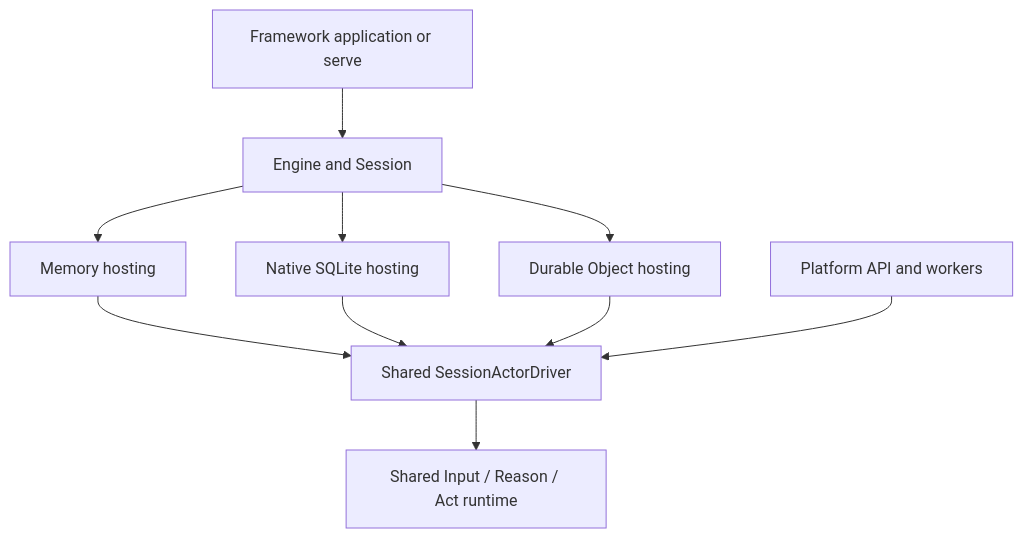
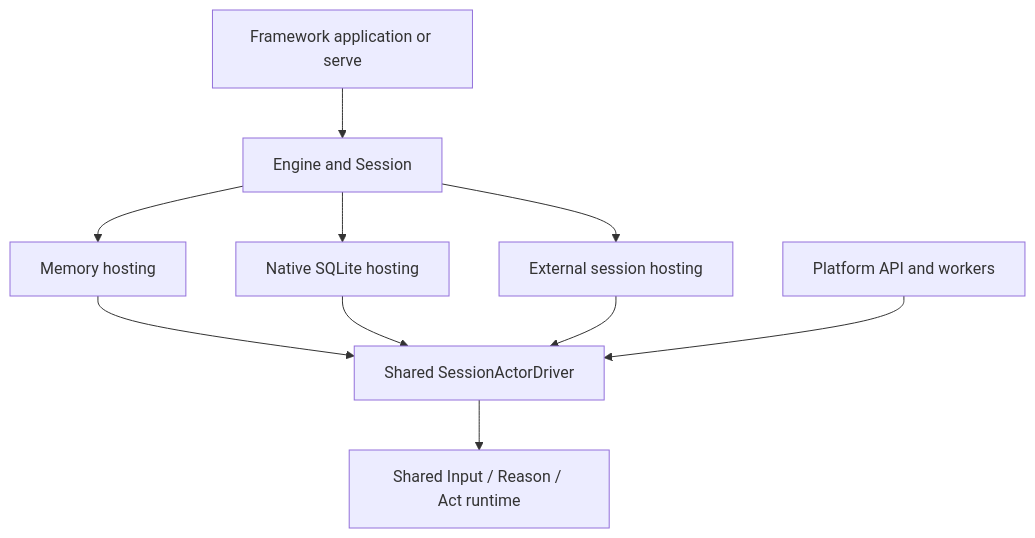
Before and after one commit to everruns/everruns: the diagram in docs/framework/architecture.md, drawn with Mermaid. The commit also changed other lines of this file and 45 other files, not shown here.

Commit message:
feat(framework): expose vendor-neutral session hosting SPI

````diff
--- a/docs/framework/architecture.md
+++ b/docs/framework/architecture.md
@@ -12,12 +12,12 @@
 ```mermaid
 flowchart TD
   App[Framework application or serve] --> Engine[Engine and Session]
   Engine --> Memory[Memory hosting]
   Engine --> SQLite[Native SQLite hosting]
-  Engine --> DO[Durable Object hosting]
+  Engine --> External[External session hosting]
   Memory --> Driver[Shared SessionActorDriver]
   SQLite --> Driver
-  DO --> Driver
+  External --> Driver
   Platform[Platform API and workers] --> Driver
   Driver --> Runtime[Shared Input / Reason / Act runtime]
 ```
````
